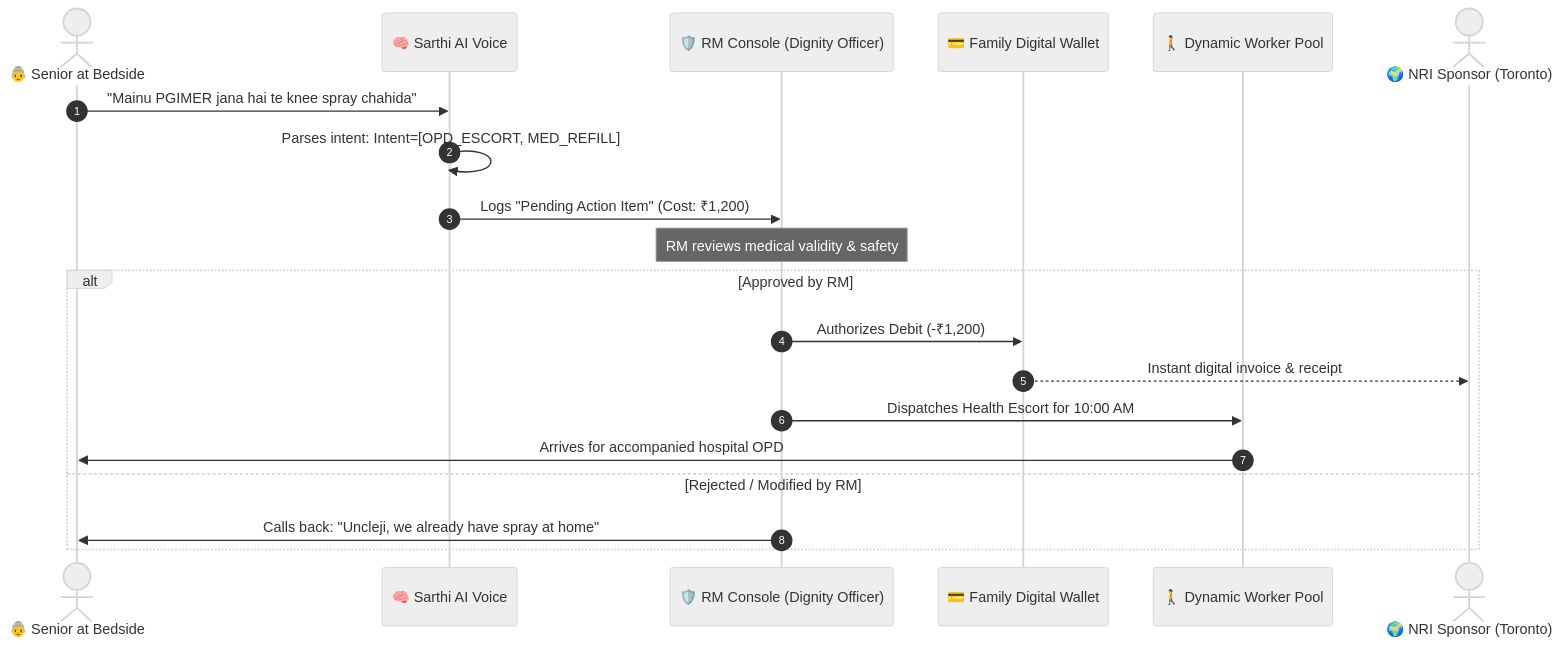
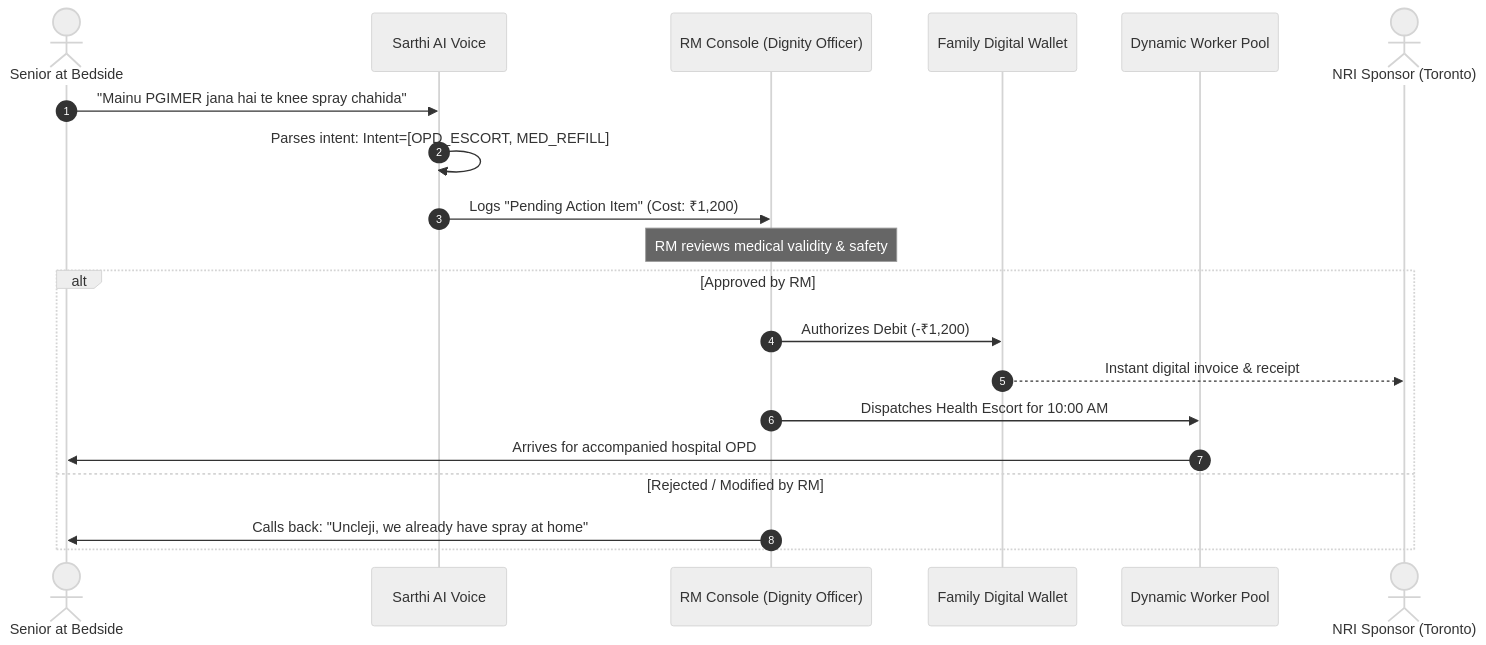
One commit to sagar-anmol/gcfp changed the diagram in wiki/src/content/docs/book/04-operational-fintech-engine.md. Above: the diagram before and after it, drawn with Mermaid (neutral theme). The commit also changed other lines of this file and 20 other files, not shown here.

````diff
--- a/wiki/src/content/docs/book/04-operational-fintech-engine.md
+++ b/wiki/src/content/docs/book/04-operational-fintech-engine.md
@@ -38,24 +38,24 @@
 ```mermaid
 sequenceDiagram
     autonumber
-    actor Senior as 👵 Senior at Bedside
-    participant AI as 🧠 Sarthi AI Voice
-    participant RM as 🛡️ RM Console (Dignity Officer)
-    participant Wallet as 💳 Family Digital Wallet
-    participant Worker as 🚶 Dynamic Worker Pool
-    actor NRI as 🌍 NRI Sponsor (Toronto)
+ actor Senior as Senior at Bedside
+ participant AI as Sarthi AI Voice
+ participant RM as RM Console (Dignity Officer)
+ participant Wallet as Family Digital Wallet
+ participant Worker as Dynamic Worker Pool
+ actor NRI as NRI Sponsor (Toronto)
 
     Senior->>AI: "Mainu PGIMER jana hai te knee spray chahida"
     AI->>AI: Parses intent: Intent=[OPD_ESCORT, MED_REFILL]
     AI->>RM: Logs "Pending Action Item" (Cost: ₹1,200)
     
     Note over RM: RM reviews medical validity & safety
     alt Approved by RM
         RM->>Wallet: Authorizes Debit (-₹1,200)
         Wallet-->>NRI: Instant digital invoice & receipt
         RM->>Worker: Dispatches Health Escort for 10:00 AM
         Worker->>Senior: Arrives for accompanied hospital OPD
     else Rejected / Modified by RM
         RM->>Senior: Calls back: "Uncleji, we already have spray at home"
     end
 ```
````
